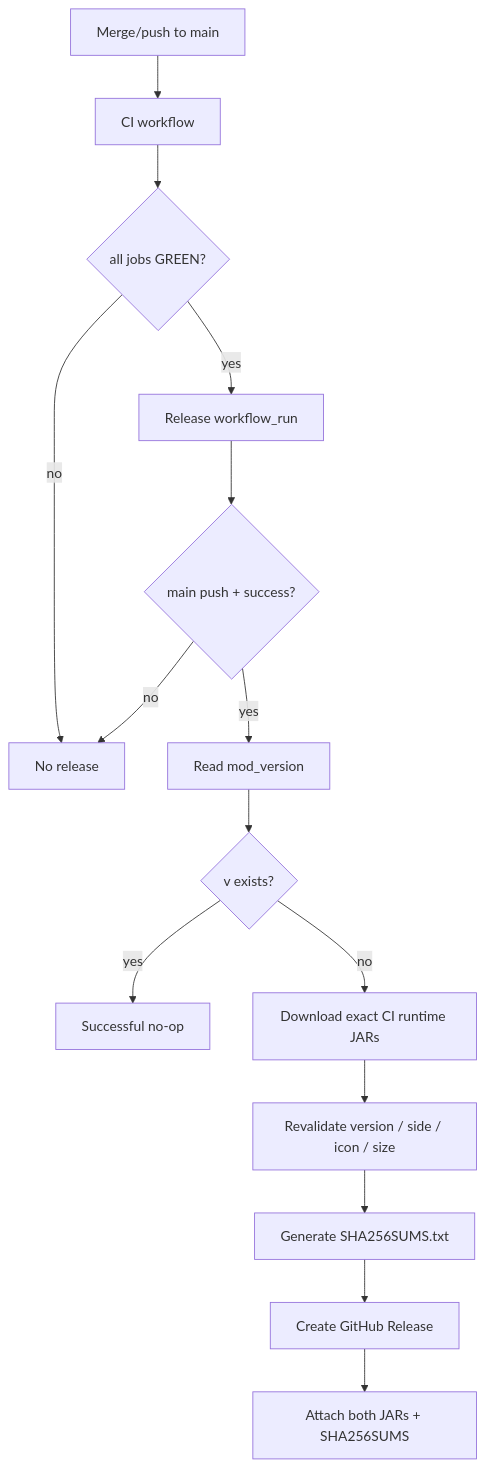
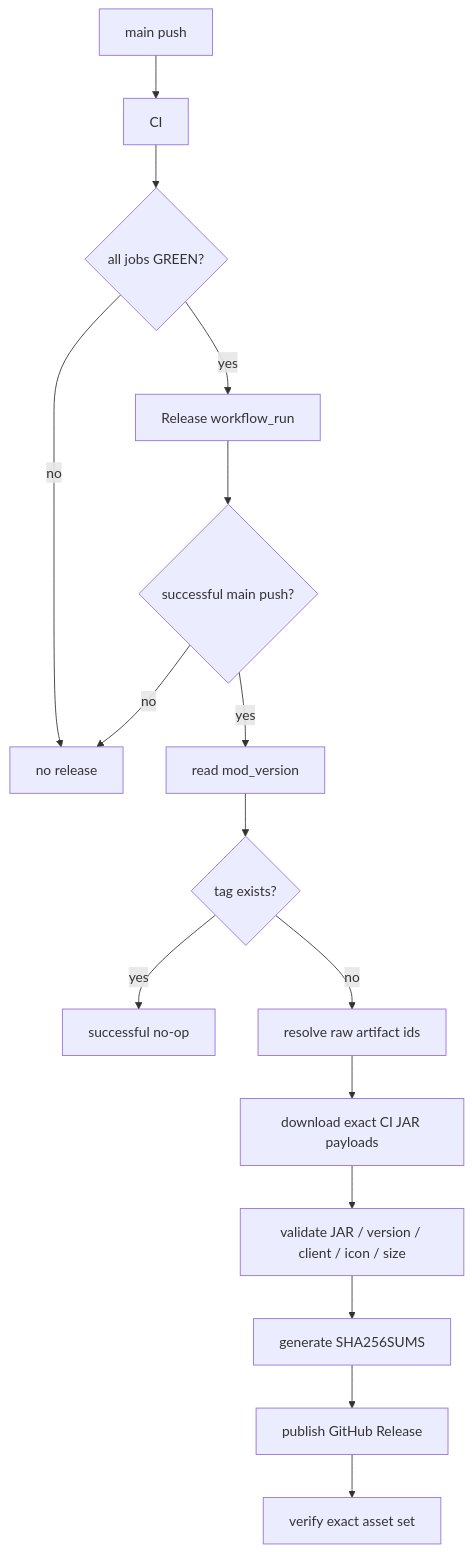
One commit to bosatsu25/BlockLens changed the diagram in knowledge/current/release-readiness.md. Above: the diagram before and after it, drawn with Mermaid. The commit also changed other lines of this file, not shown here.

Commit message:
docs: close M9 with live release evidence

````diff
--- a/knowledge/current/release-readiness.md
+++ b/knowledge/current/release-readiness.md
@@ -70,17 +119,18 @@
 ```mermaid
 flowchart TD
-    M[Merge/push to main] --> CI[CI workflow]
+    M[main push] --> CI[CI]
     CI --> Q{all jobs GREEN?}
-    Q -- no --> STOP[No release]
+    Q -- no --> STOP[no release]
     Q -- yes --> RW[Release workflow_run]
-    RW --> E{main push + success?}
+    RW --> E{successful main push?}
     E -- no --> STOP
-    E -- yes --> V[Read mod_version]
-    V --> X{v<version> exists?}
-    X -- yes --> N[Successful no-op]
-    X -- no --> D[Download exact CI runtime JARs]
-    D --> C[Revalidate version / side / icon / size]
-    C --> H[Generate SHA256SUMS.txt]
-    H --> R[Create GitHub Release]
-    R --> A[Attach both JARs + SHA256SUMS]
+    E -- yes --> V[read mod_version]
+    V --> X{tag exists?}
+    X -- yes --> N[successful no-op]
+    X -- no --> ID[resolve raw artifact ids]
+    ID --> RAW[download exact CI JAR payloads]
+    RAW --> C[validate JAR / version / client / icon / size]
+    C --> H[generate SHA256SUMS]
+    H --> R[publish GitHub Release]
+    R --> A[verify exact asset set]
 ```
````
